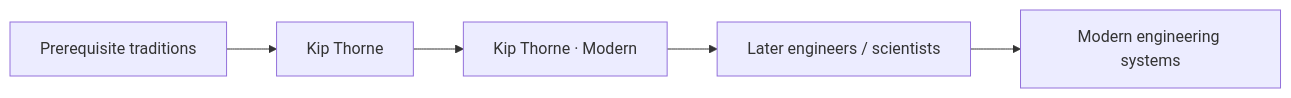
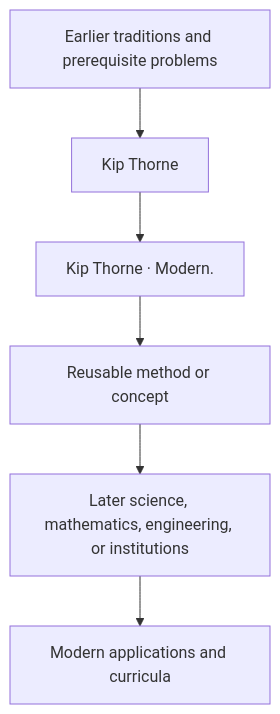
Before and after one commit to via-decide/ViaLogic: the diagram in docs/history/kip-thorne/influence.md, drawn with Mermaid. The commit also changed other lines of this file and 858 other files, not shown here.

````diff
--- a/docs/history/kip-thorne/influence.md
+++ b/docs/history/kip-thorne/influence.md
@@ -29,7 +16,8 @@
 ```mermaid
-graph LR
-  prerequisites["Prerequisite traditions"] --> current["Kip Thorne"]
-  current --> contribution["Kip Thorne · Modern"]
-  contribution --> successors["Later engineers / scientists"]
-  successors --> modern["Modern engineering systems"]
+graph TD
+  Prior[Earlier traditions and prerequisite problems] --> Person[Kip Thorne]
+  Person --> Contribution[Kip Thorne · Modern.]
+  Contribution --> Method[Reusable method or concept]
+  Method --> Later[Later science, mathematics, engineering, or institutions]
+  Later --> Modern[Modern applications and curricula]
 ```
````
